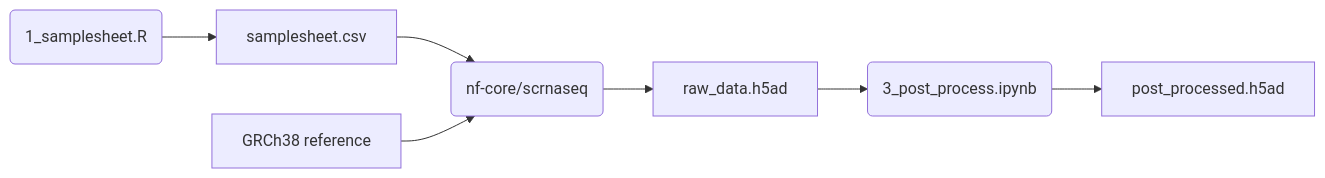
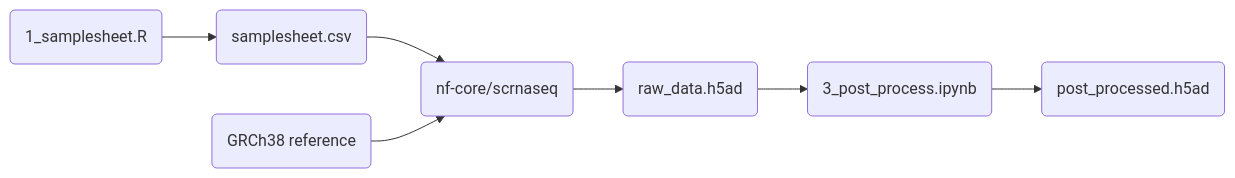
One commit to laminlabs/lamin-blog changed the diagram in docs/nf-lamin.md. Above: the diagram before and after it, drawn with Mermaid.

Commit message:
♻️ Fix and rounded edges

````diff
--- a/docs/nf-lamin.md
+++ b/docs/nf-lamin.md
@@ -76,13 +76,13 @@
 ```{mermaid}
 flowchart LR
     rscript("1_samplesheet.R"):::focal
-    ref["GRCh38 reference"]:::artifact
-    sheet["samplesheet.csv"]:::artifact
+    ref("GRCh38 reference"):::artifact
+    sheet("samplesheet.csv"):::artifact
     nf("nf-core/scrnaseq"):::focal
-    h5ad["raw_data.h5ad"]:::artifact
+    h5ad("raw_data.h5ad"):::artifact
     nb("3_post_process.ipynb"):::focal
-    ann["post_processed.h5ad"]:::artifact
+    ann("post_processed.h5ad"):::artifact
 
     rscript --> sheet --> nf --> h5ad --> nb --> ann
     ref --> nf
 ```
````
